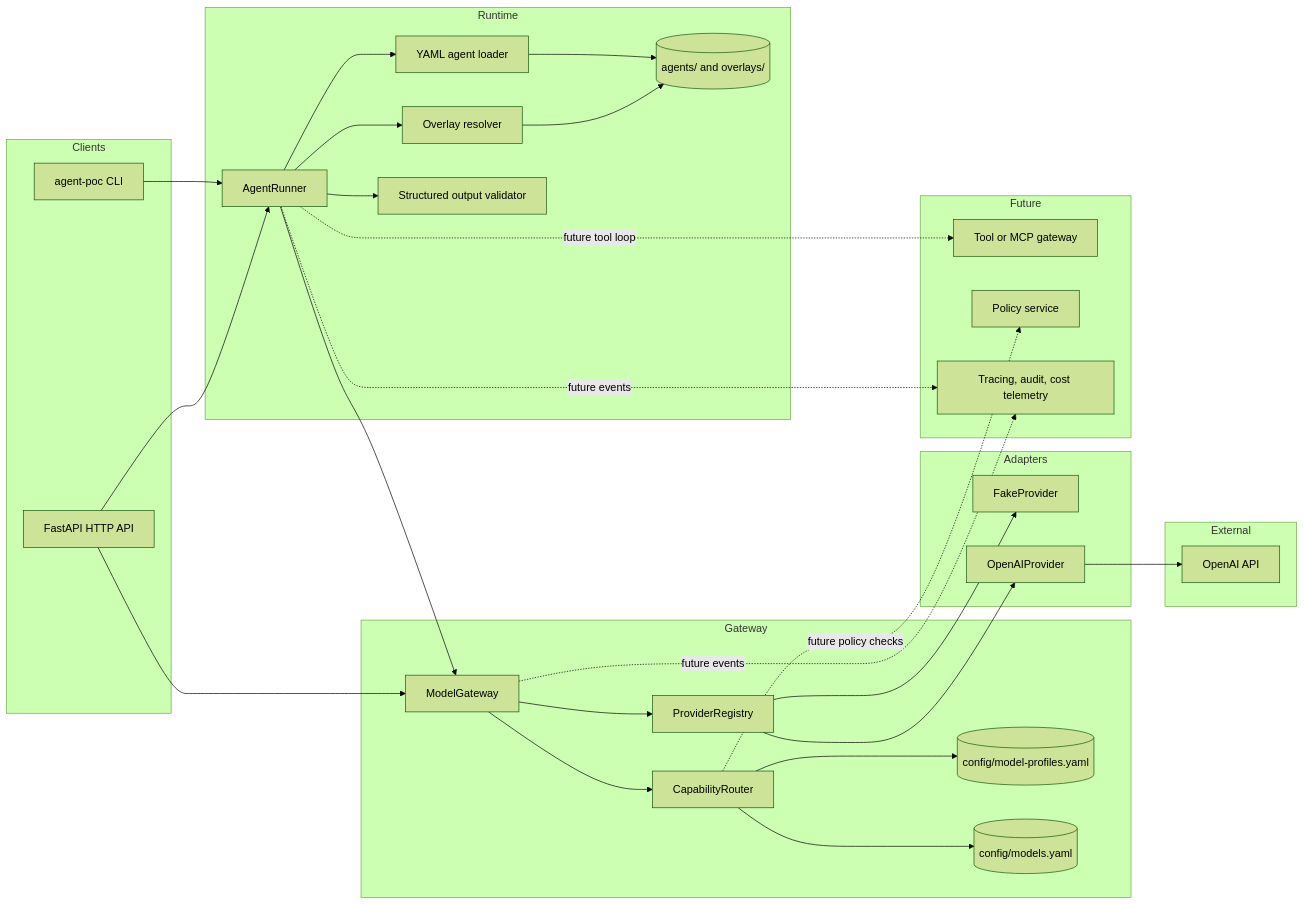
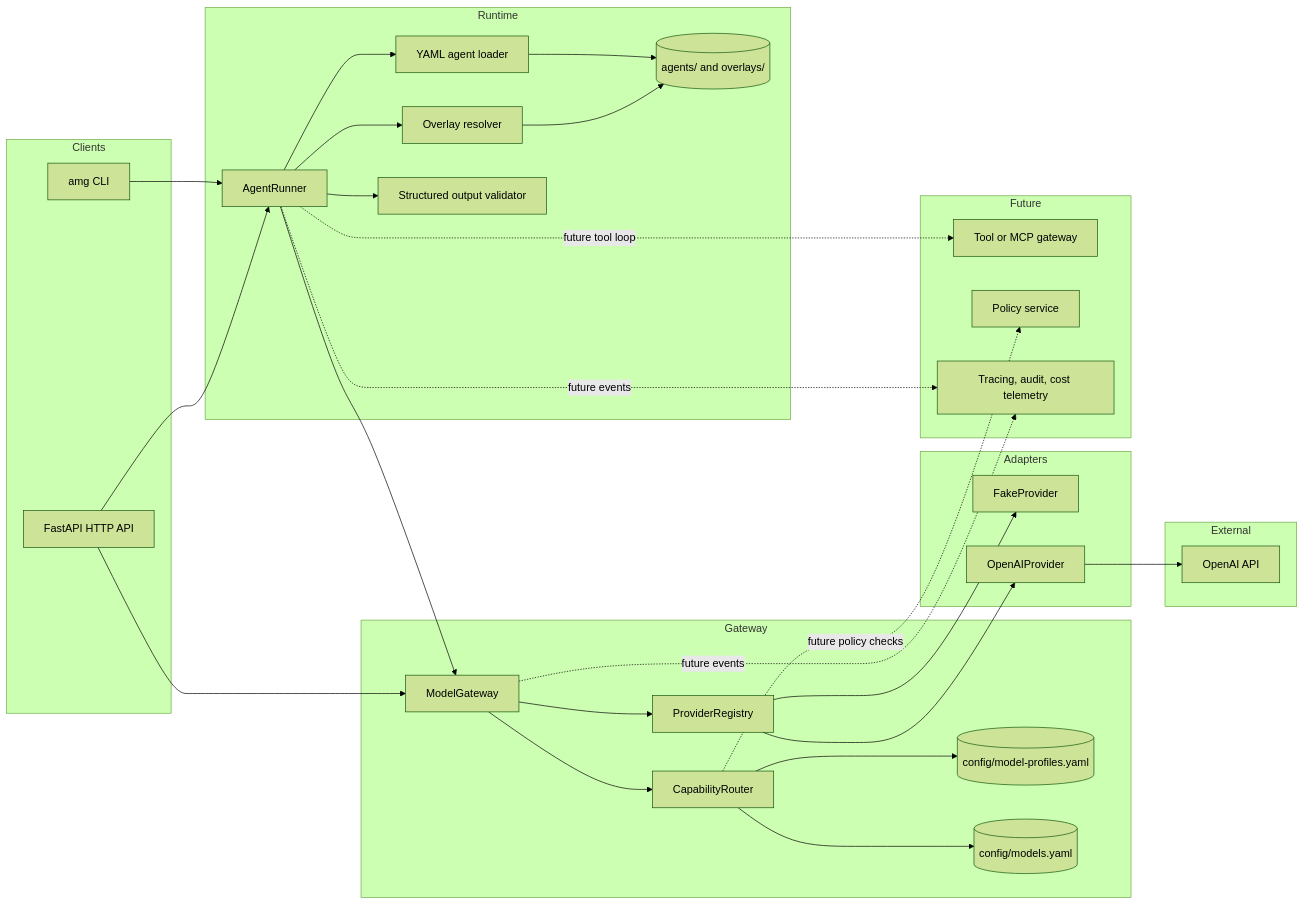
Before and after one commit to stellar888/agent-model-gateway: the diagram in docs/architecture.md, drawn with Mermaid (forest theme). The commit also changed 7 other files, not shown here.

Commit message:
Rename agent-poc to amg

````diff
--- a/docs/architecture.md
+++ b/docs/architecture.md
@@ -3,59 +3,59 @@
 ```mermaid
 flowchart LR
     subgraph Clients
-        CLI[agent-poc CLI]
+        CLI[amg CLI]
         API[FastAPI HTTP API]
     end
 
     subgraph Runtime
         Runner[AgentRunner]
         Loader[YAML agent loader]
         Overlay[Overlay resolver]
         Validator[Structured output validator]
         Files[(agents/ and overlays/)]
     end
 
     subgraph Gateway
         Service[ModelGateway]
         Router[CapabilityRouter]
         Profiles[(config/model-profiles.yaml)]
         Models[(config/models.yaml)]
         Providers[ProviderRegistry]
     end
 
     subgraph Adapters
         Fake[FakeProvider]
         OpenAIAdapter[OpenAIProvider]
     end
 
     subgraph External
         OpenAI[OpenAI API]
     end
 
     subgraph Future
         Tools[Tool or MCP gateway]
         Policy[Policy service]
         Observability[Tracing, audit, cost telemetry]
     end
 
     CLI --> Runner
     API --> Runner
     API --> Service
     Runner --> Loader
     Runner --> Overlay
     Loader --> Files
     Overlay --> Files
     Runner --> Service
     Service --> Router
     Router --> Profiles
     Router --> Models
     Service --> Providers
     Providers --> Fake
     Providers --> OpenAIAdapter
     OpenAIAdapter --> OpenAI
     Runner --> Validator
     Runner -. future tool loop .-> Tools
     Router -. future policy checks .-> Policy
     Service -. future events .-> Observability
     Runner -. future events .-> Observability
 ```
````
